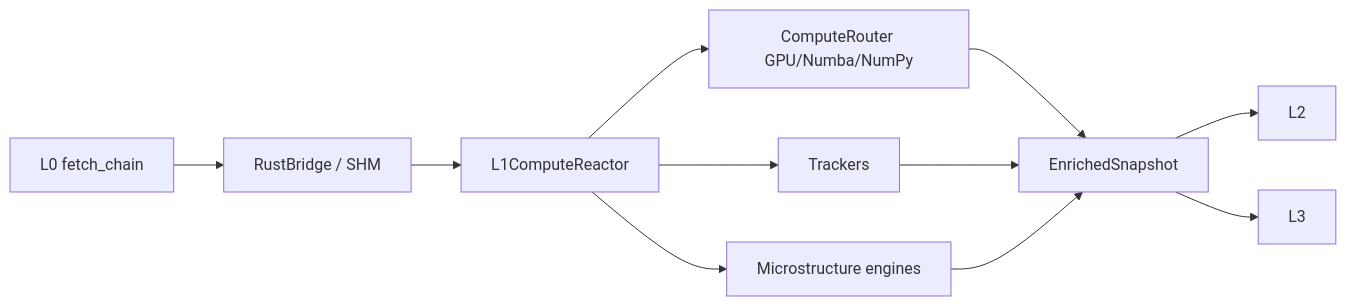
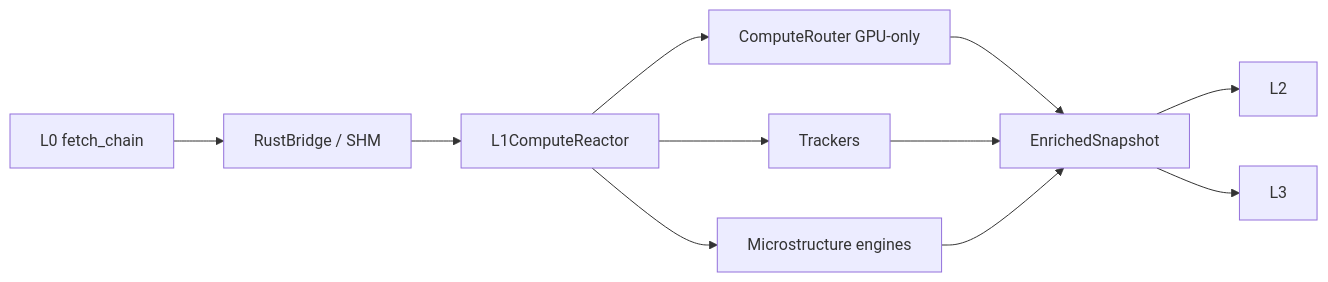
Before and after one commit to Skioleeya/option_trading: the diagram in docs/SOP/L1_LOCAL_COMPUTATION.md, drawn with Mermaid. The commit also changed other lines of this file and 84 other files, not shown here.

Commit message:
feat: enforce gpu-only recompute and sync refactor governance artifacts

````diff
--- a/docs/SOP/L1_LOCAL_COMPUTATION.md
+++ b/docs/SOP/L1_LOCAL_COMPUTATION.md
@@ -12,13 +12,13 @@
 ```mermaid
 flowchart LR
   A[L0 fetch_chain] --> B[RustBridge / SHM]
   B --> C[L1ComputeReactor]
-  C --> D[ComputeRouter GPU/Numba/NumPy]
+  C --> D[ComputeRouter GPU-only]
   C --> E[Trackers]
   C --> F[Microstructure engines]
   D --> G[EnrichedSnapshot]
   E --> G
   F --> G
   G --> H[L2]
   G --> I[L3]
 ```
````
